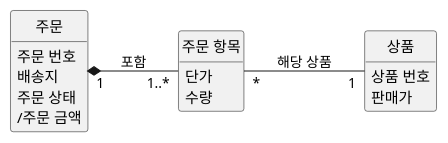
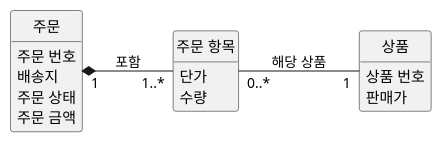
The third of 4 diagrams in courses/ai-native/sessions/s04.md (YoungSan77/TrainingMaterials), drawn with PlantUML before and after one commit. The commit also changed other lines of this file and 437 other files, not shown here.

````diff
--- a/courses/ai-native/sessions/s04.md
+++ b/courses/ai-native/sessions/s04.md
@@ -534,24 +505,24 @@
 ```plantuml:class
 @startuml
 left to right direction
 hide circle
 hide methods
 skinparam shadowing false
 class "주문" as Order {
   주문 번호
   배송지
   주문 상태
-  /주문 금액
+  주문 금액
 }
 class "주문 항목" as OrderItem {
   단가
   수량
 }
 class "상품" as Product {
   상품 번호
   판매가
 }
 Order "1" *-- "1..*" OrderItem : 포함
-OrderItem "*" -- "1" Product : 해당 상품
+OrderItem "0..*" -- "1" Product : 해당 상품
 @enduml
 ```
````
